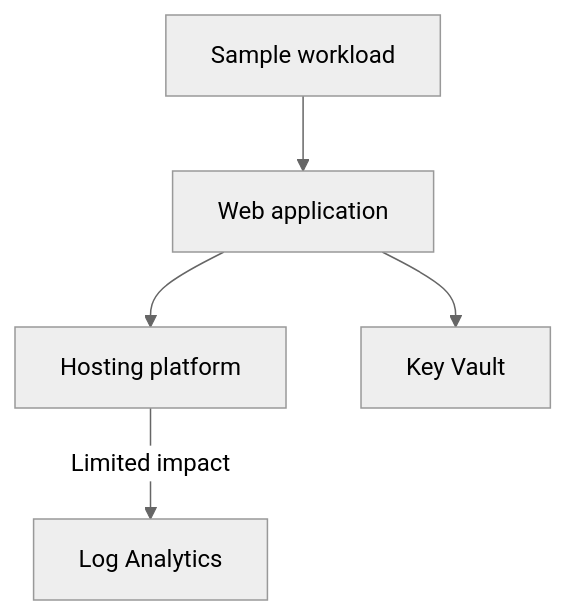
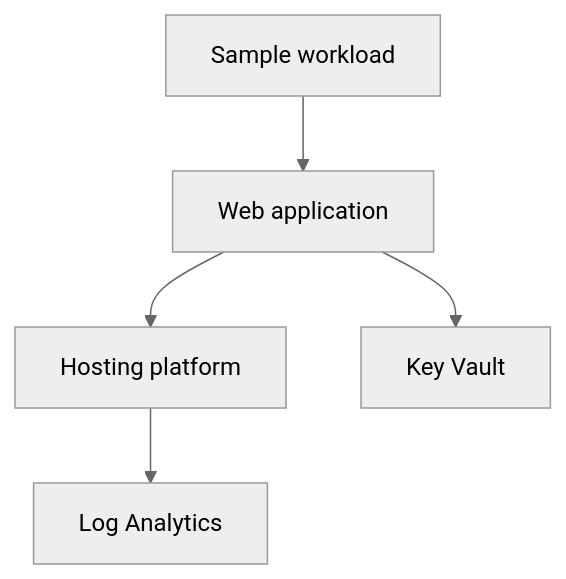
One commit to Azure/octoahm0826 changed the diagram in docs/lab-guide.md. Above: the diagram before and after it, drawn with Mermaid (neutral theme).

Commit message:
Update lab guide to remove impact notation from Logs dependency in health model diagram

````diff
--- a/docs/lab-guide.md
+++ b/docs/lab-guide.md
@@ -90,7 +90,7 @@
 ```mermaid
 graph TD
   Root[Sample workload] --> App[Web application]
   App --> Platform[Hosting platform]
   App --> Vault[Key Vault]
-  Platform -->|Limited impact| Logs[Log Analytics]
+  Platform --> Logs[Log Analytics]
 ```
````
